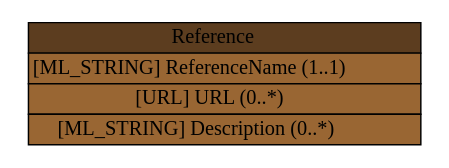
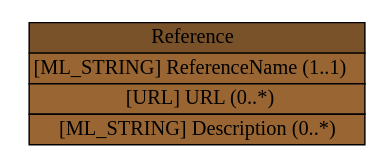
Before and after one commit to Moutix/idmef_parser: the diagram in iodef/graph/Reference.dot, drawn with Graphviz. The commit also changed 197 other files, not shown here.

Commit message:
Update Graphs

```diff
--- a/iodef/graph/Reference.dot
+++ b/iodef/graph/Reference.dot
@@ -1,6 +1,11 @@
 digraph Reference {
-	graph [rankdir=LR];
+	graph [bb="0,0,246,92",
+		rankdir=LR
+	];
 	node [label="\N"];
-	graph [bb="0,0,276,88"];
-	Reference [label=<<table BORDER="0" CELLBORDER="1" CELLSPACING="0"> <tr > <td BGCOLOR="#5c3d1f" HREF="#" TITLE="The Reference class is a reference to a vulnerability, IDS alert, malware sample, advisory, or attack technique. A reference consists of a name, a URL to this reference, and an optional description. ">Reference</td> </tr>" %<tr><td BGCOLOR="#996633" HREF="#" TITLE="Name of the reference.">[ML_STRING] ReferenceName (1..1) </td></tr>%<tr><td BGCOLOR="#996633" HREF="#" TITLE="A URL associated with the reference.">[URL] URL (0..*) </td></tr>%<tr><td BGCOLOR="#996633" HREF="#" TITLE="A free-form text description of this reference.">[ML_STRING] Description (0..*) </td></tr>%</table>>, shape=plaintext, pos="138,44", width="3.8056", height="1.2361"];
+	Reference	 [height=1.2778,
+		label=<<table BORDER="0" CELLBORDER="1" CELLSPACING="0"> <tr> <td BGCOLOR="#7a5229" HREF="#" TITLE="The Reference class is a reference to a vulnerability, IDS alert, malware sample, advisory, or attack technique. A reference consists of a name, a URL to this reference, and an optional description. "><FONT FACE="Nimbus Sans L">Reference</FONT></td> </tr>" %<tr><td BGCOLOR="#996633"  HREF="#" TITLE="Name of the reference."><FONT FACE="Nimbus Sans L">[ML_STRING] ReferenceName (1..1)</FONT></td></tr>%<tr><td BGCOLOR="#996633"  HREF="#" TITLE="A URL associated with the reference."><FONT FACE="Nimbus Sans L">[URL] URL (0..*)</FONT></td></tr>%<tr><td BGCOLOR="#996633"  HREF="#" TITLE="A free-form text description of this reference."><FONT FACE="Nimbus Sans L">[ML_STRING] Description (0..*)</FONT></td></tr>%</table>>,
+		pos="123,46",
+		shape=plaintext,
+		width=3.4167];
 }
```
